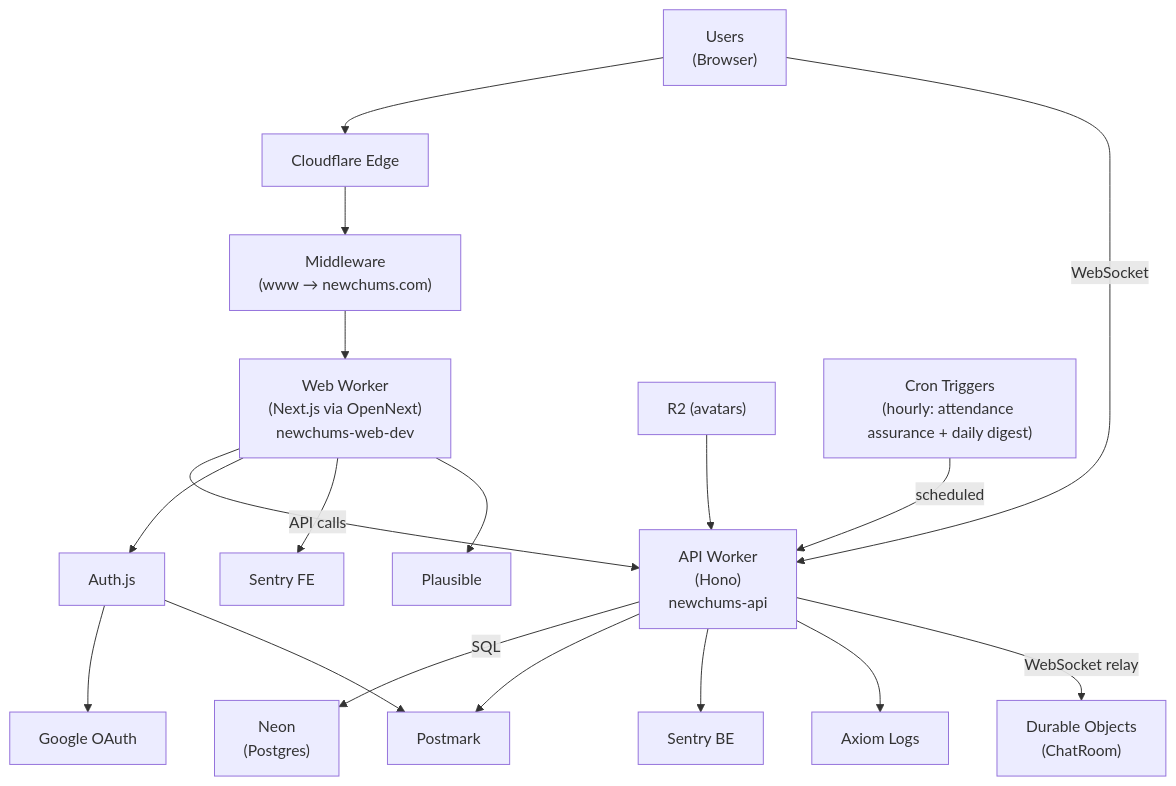
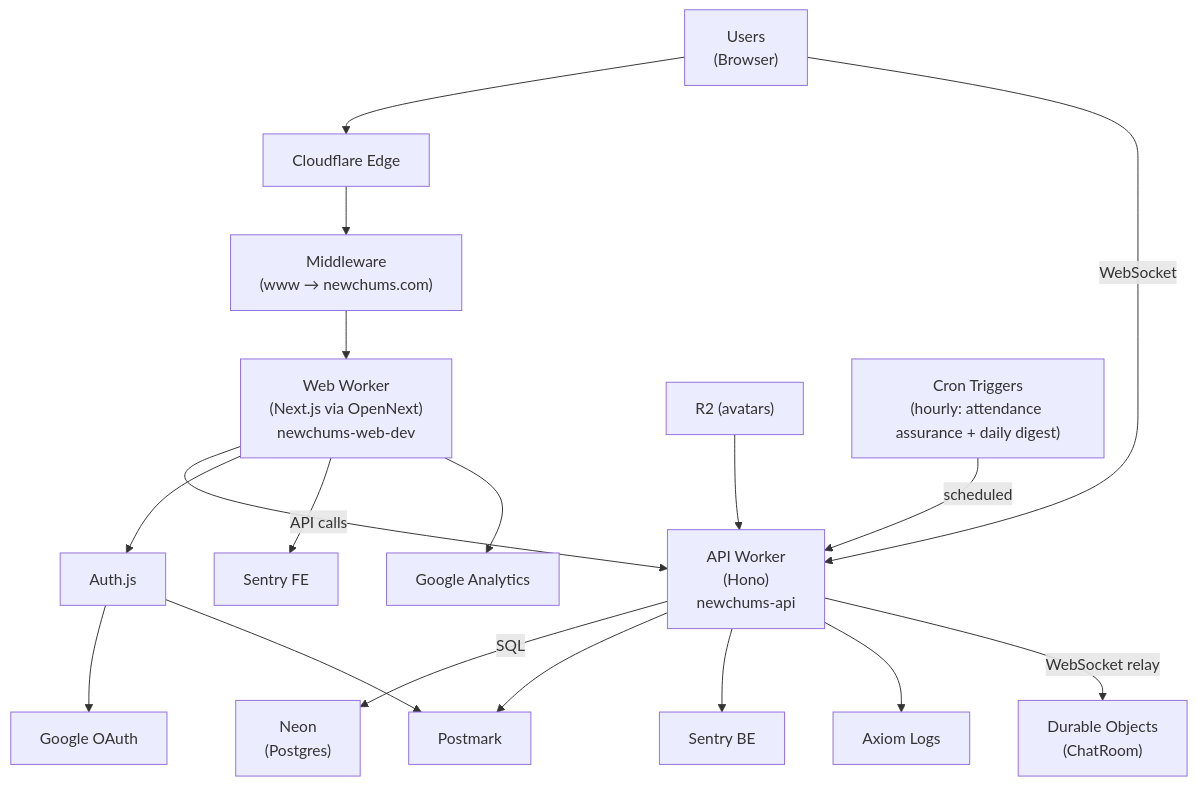
The fourth of 4 diagrams in docs/System_Map.md (RSS705/newchums), drawn with Mermaid before and after one commit. The commit also changed other lines of this file and 5 other files, not shown here.

Commit message:
Google analytics added, plausible removed.

````diff
--- a/docs/System_Map.md
+++ b/docs/System_Map.md
@@ -279,25 +279,25 @@
 ```mermaid
 flowchart TB
   U["Users<br/>(Browser)"] --> CF["Cloudflare Edge"]
   CF --> MW["Middleware<br/>(www → newchums.com)"]
   MW --> W["Web Worker<br/>(Next.js via OpenNext)<br/>newchums-web-dev"]
 
   W -->|"API calls"| API["API Worker<br/>(Hono)<br/>newchums-api"]
   API -->|"SQL"| DB["Neon<br/>(Postgres)"]
 
   W --> AUTH["Auth.js"]
   AUTH --> GOOGLE["Google OAuth"]
   AUTH --> PM["Postmark"]
 
   API --> PM
 
   W --> SENTRY_FE["Sentry FE"]
   API --> SENTRY_BE["Sentry BE"]
   API --> AX["Axiom Logs"]
-  W --> PLAUS["Plausible"]
+  W --> GA["Google Analytics"]
 
   R2["R2 (avatars)"] --> API
   API -->|"WebSocket relay"| DO["Durable Objects<br/>(ChatRoom)"]
   U -->|"WebSocket"| API
   CRON["Cron Triggers<br/>(hourly: attendance assurance + daily digest)"] -->|"scheduled"| API
 ```
````
